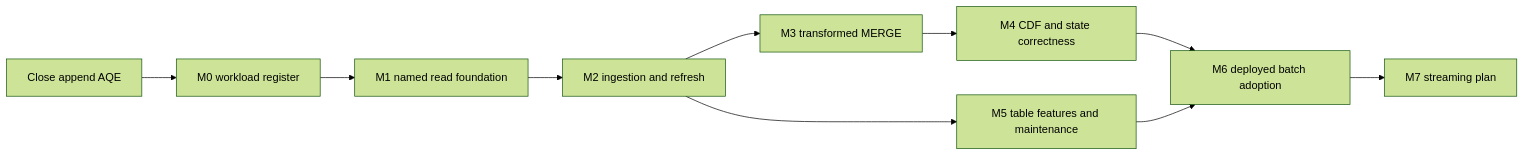
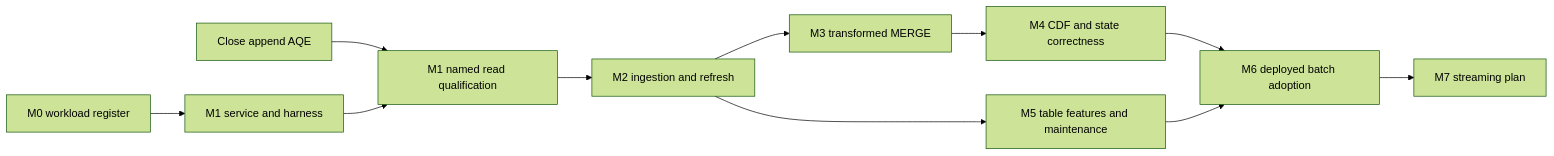
The diagram in docs/superpowers/plans/2026-10-29-spark-hub-adoption.md (arkham-data/gravitino-delta), drawn with Mermaid (forest theme) before and after one commit. The commit also changed other lines of this file and 2 other files, not shown here.

Commit message:
docs: record reviewed Spark Hub foundation progress

````diff
--- a/docs/superpowers/plans/2026-10-29-spark-hub-adoption.md
+++ b/docs/superpowers/plans/2026-10-29-spark-hub-adoption.md
@@ -46,12 +46,13 @@
 ```mermaid
 flowchart LR
-  A[Close append AQE] --> B[M0 workload register]
-  B --> C[M1 named read foundation]
+  A[Close append AQE] --> C[M1 named read qualification]
+  B[M0 workload register] --> P[M1 service and harness]
+  P --> C
   C --> D[M2 ingestion and refresh]
   D --> E[M3 transformed MERGE]
   E --> F[M4 CDF and state correctness]
   D --> G[M5 table features and maintenance]
   F --> H[M6 deployed batch adoption]
   G --> H
   H --> I[M7 streaming plan]
 ```
````
